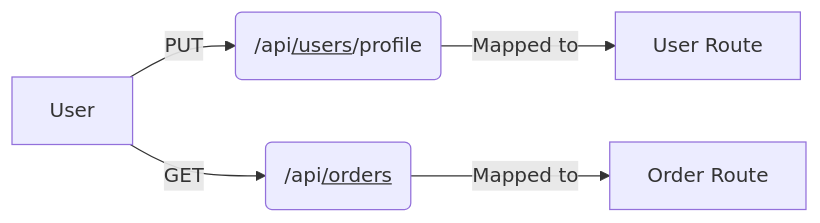
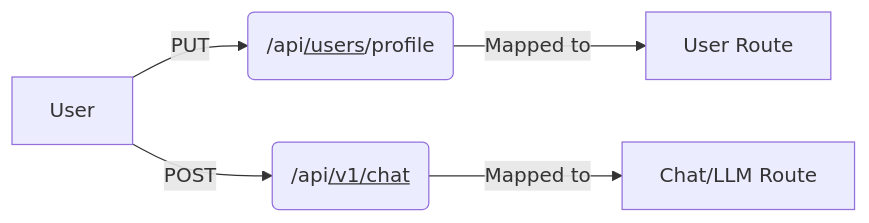
Before and after one commit to susmitpy/talks: the second of 7 diagrams in authnz_obs.md, drawn with Mermaid. The commit also changed other lines of this file, not shown here.

````diff
--- a/authnz_obs.md
+++ b/authnz_obs.md
@@ -139,7 +141,7 @@
 ```mermaid
 graph LR
 
 U[User] -->|PUT| UPR(/api<u>/users</u>/profile) --> |Mapped to| UR[User Route]
 
-U --> |GET| UOR(/api<u>/orders</u>) --> |Mapped to| OR[Order Route]
+U --> |POST| UOR(/api<u>/v1/chat</u>) --> |Mapped to| CR[Chat/LLM Route]
 ```
````
